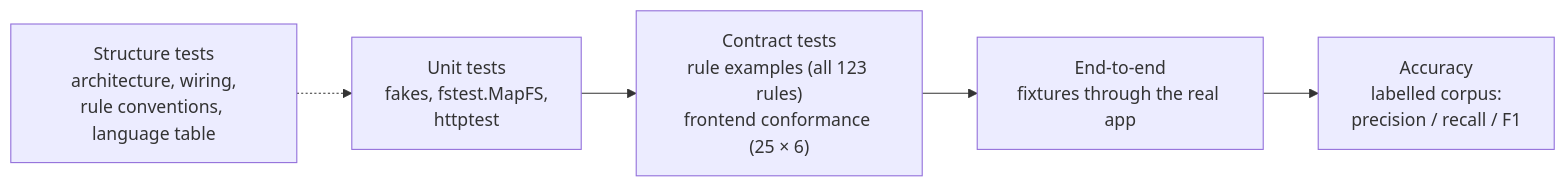
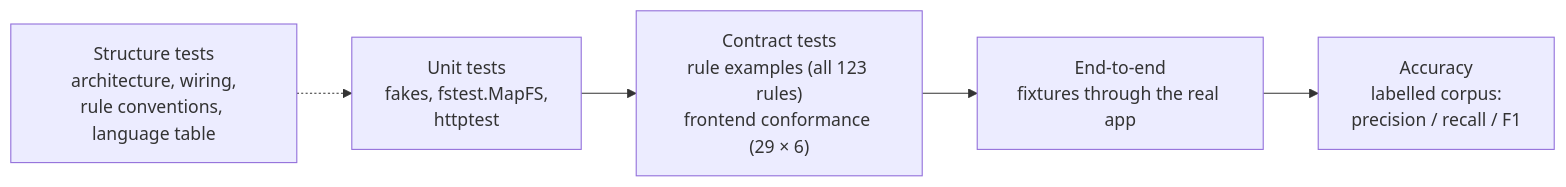
Before and after one commit to GoNetTools/datawarden: the fifth of 5 diagrams in docs/ARCHITECTURE.md, drawn with Mermaid. The commit also changed other lines of this file and 17 other files, not shown here.

````diff
--- a/docs/ARCHITECTURE.md
+++ b/docs/ARCHITECTURE.md
@@ -325,7 +325,7 @@
 ```mermaid
 flowchart LR
-    U["Unit tests<br/>fakes, fstest.MapFS,<br/>httptest"] --> C["Contract tests<br/>rule examples (all 123 rules)<br/>frontend conformance (25 × 6)"]
+    U["Unit tests<br/>fakes, fstest.MapFS,<br/>httptest"] --> C["Contract tests<br/>rule examples (all 123 rules)<br/>frontend conformance (29 × 6)"]
     C --> E["End-to-end<br/>fixtures through the real app"]
     E --> A["Accuracy<br/>labelled corpus:<br/>precision / recall / F1"]
     S["Structure tests<br/>architecture, wiring,<br/>rule conventions, language table"] -.-> U
 ```
````
